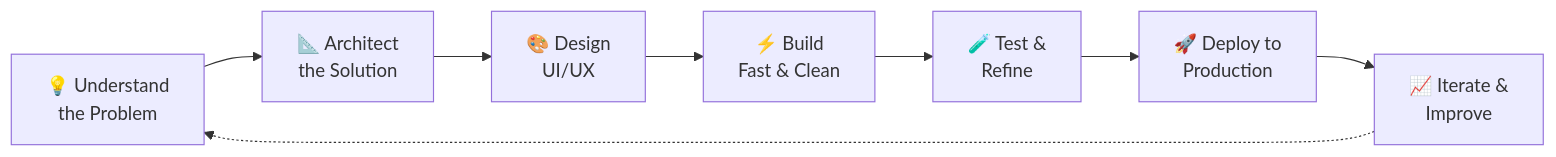
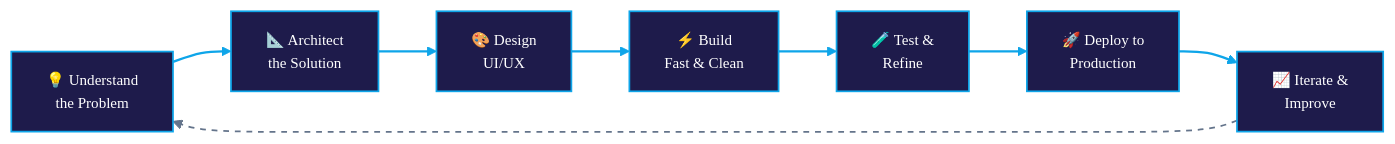
One commit to devahmedaqeel/devahmedaqeel changed the diagram in README.md. Above: the diagram before and after it, drawn with Mermaid.

Commit message:
🎨 Theme Mermaid diagram in My Development Workflow with premium color scheme

````diff
--- a/README.md
+++ b/README.md
@@ -380,10 +380,17 @@
 ```mermaid
 graph LR
     A[💡 Understand<br/>the Problem] --> B[📐 Architect<br/>the Solution]
     B --> C[🎨 Design<br/>UI/UX]
     C --> D[⚡ Build<br/>Fast & Clean]
     D --> E[🧪 Test &<br/>Refine]
     E --> F[🚀 Deploy to<br/>Production]
     F --> G[📈 Iterate &<br/>Improve]
     G -.-> A
+
+    classDef default fill:#0f172a,stroke:#30363d,stroke-width:1px,color:#c9d1d9,font-family:'Outfit',font-size:13px;
+    classDef active fill:#1e1b4b,stroke:#0ea5e9,stroke-width:1.5px,color:#ffffff,font-family:'Outfit',font-size:13px;
+    class A,B,C,D,E,F,G active;
+
+    linkStyle 0,1,2,3,4,5 stroke:#0ea5e9,stroke-width:2px;
+    linkStyle 6 stroke:#64748b,stroke-dasharray: 5 5,stroke-width:1.5px;
 ```
````
